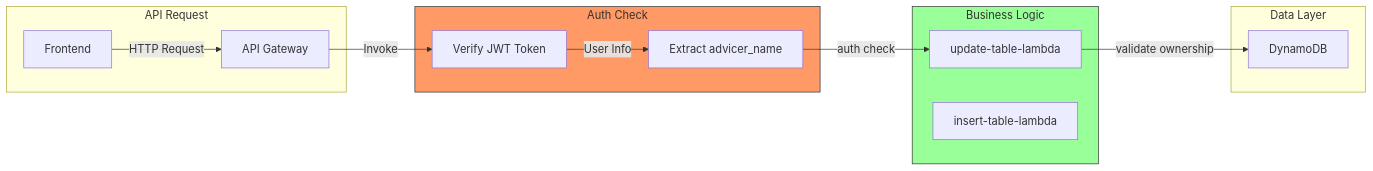
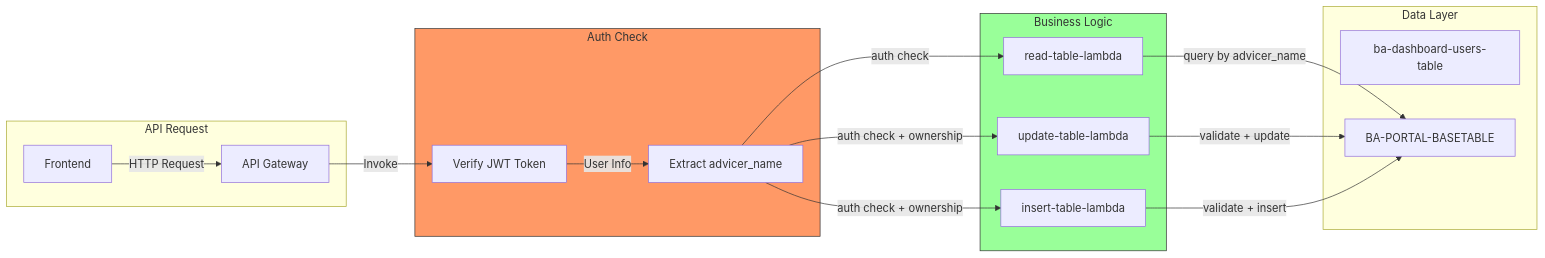
The third of 3 diagrams in app/ba-portal/PLAN-login-system.md (DilkuYahoo/tutorai), drawn with Mermaid before and after one commit. The commit also changed other lines of this file, not shown here.

First line of the commit message:
refactor(auth): change login system to use advicer_name linkage instead of record duplication

````diff
--- a/app/ba-portal/PLAN-login-system.md
+++ b/app/ba-portal/PLAN-login-system.md
@@ -714,30 +700,36 @@
 ```mermaid
 flowchart LR
     subgraph Request["API Request"]
         Frontend[Frontend]
         APIG[API Gateway]
     end
     
     subgraph Auth["Auth Check"]
         Token[Verify JWT Token]
         Extract[Extract advicer_name]
     end
     
     subgraph Business["Business Logic"]
         UpdateLambda[update-table-lambda]
         InsertLambda[insert-table-lambda]
+        ReadLambda[read-table-lambda]
     end
     
     subgraph Data["Data Layer"]
-        DynamoDB[DynamoDB]
+        UsersTable[ba-dashboard-users-table]
+        BASETable[BA-PORTAL-BASETABLE]
     end
     
     Frontend -->|HTTP Request| APIG
     APIG -->|Invoke| Token
     Token -->|User Info| Extract
-    Extract -->|auth check| UpdateLambda
-    UpdateLambda -->|validate ownership| DynamoDB
+    Extract -->|auth check| ReadLambda
+    Extract -->|auth check + ownership| UpdateLambda
+    Extract -->|auth check + ownership| InsertLambda
+    ReadLambda -->|query by advicer_name| BASETable
+    UpdateLambda -->|validate + update| BASETable
+    InsertLambda -->|validate + insert| BASETable
     
     style Auth fill:#f96,stroke:#333
     style Business fill:#9f9,stroke:#333
 ```
````
